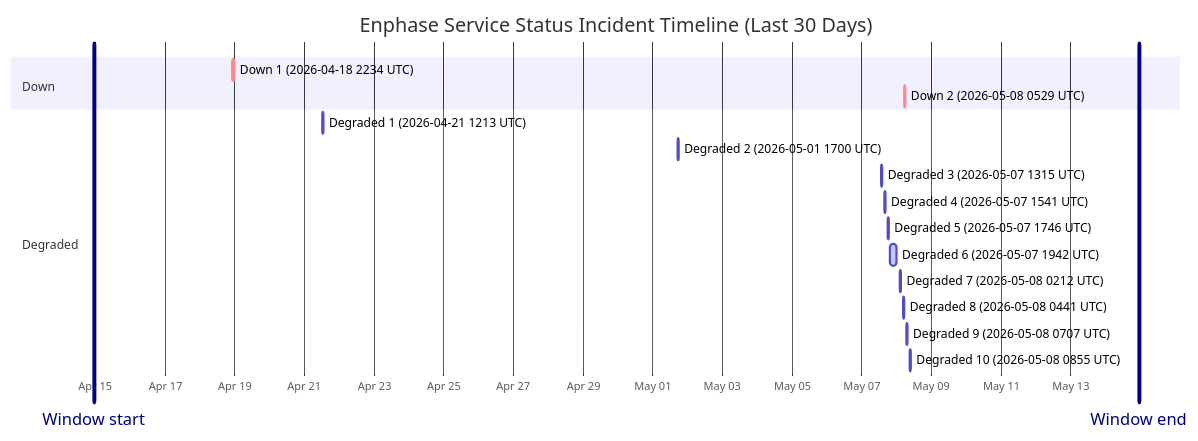
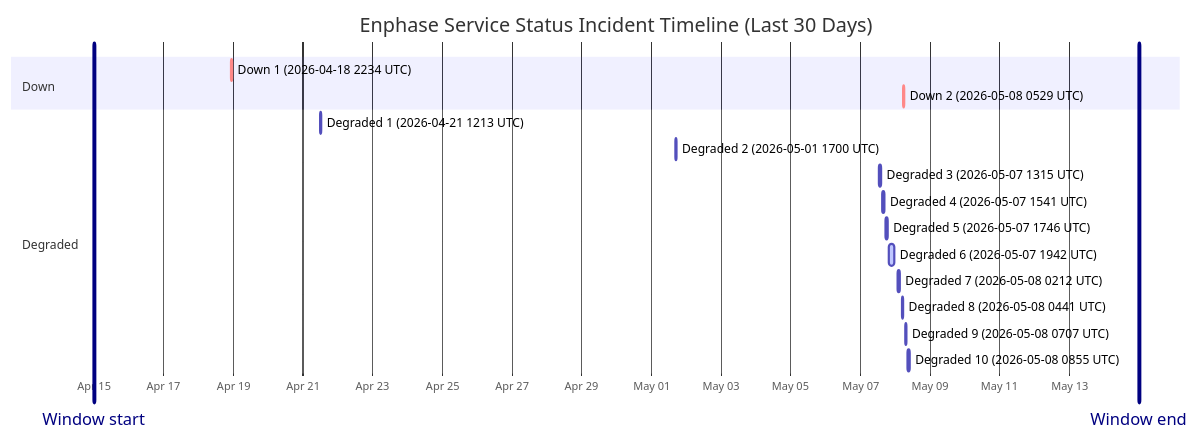
The diagram in wiki/Service-Status-History.md (barneyonline/ha-enphase-ev-charger), drawn with Mermaid before and after one commit. The commit also changed other lines of this file and 3 other files, not shown here.

````diff
--- a/wiki/Service-Status-History.md
+++ b/wiki/Service-Status-History.md
@@ -14,22 +14,22 @@
 ```mermaid
 gantt
     title Enphase Service Status Incident Timeline (Last 30 Days)
     dateFormat  YYYY-MM-DDTHH:mm:ss
     axisFormat  %b %d
-    Window start :vert, window-start, 2026-04-14T22:55:15, 0ms
-    Window end :vert, window-end, 2026-05-14T22:55:15, 0ms
+    Window start :vert, window-start, 2026-04-14T23:57:27, 0ms
+    Window end :vert, window-end, 2026-05-14T23:57:27, 0ms
     section Down
     Down 1 (2026-04-18 2234 UTC) :crit, down-1, 2026-04-18T22:34:13, 60m
     Down 2 (2026-05-08 0529 UTC) :crit, down-2, 2026-05-08T05:29:47, 60m
     section Degraded
     Degraded 1 (2026-04-21 1213 UTC) :active, degraded-1, 2026-04-21T12:13:11, 60m
     Degraded 2 (2026-05-01 1700 UTC) :active, degraded-2, 2026-05-01T17:00:22, 60m
     Degraded 3 (2026-05-07 1315 UTC) :active, degraded-3, 2026-05-07T13:15:25, 60m
     Degraded 4 (2026-05-07 1541 UTC) :active, degraded-4, 2026-05-07T15:41:58, 60m
     Degraded 5 (2026-05-07 1746 UTC) :active, degraded-5, 2026-05-07T17:46:51, 60m
     Degraded 6 (2026-05-07 1942 UTC) :active, degraded-6, 2026-05-07T19:42:10, 249m
     Degraded 7 (2026-05-08 0212 UTC) :active, degraded-7, 2026-05-08T02:12:39, 60m
     Degraded 8 (2026-05-08 0441 UTC) :active, degraded-8, 2026-05-08T04:41:46, 60m
     Degraded 9 (2026-05-08 0707 UTC) :active, degraded-9, 2026-05-08T07:07:30, 60m
     Degraded 10 (2026-05-08 0855 UTC) :active, degraded-10, 2026-05-08T08:55:20, 88m
 ```
````
